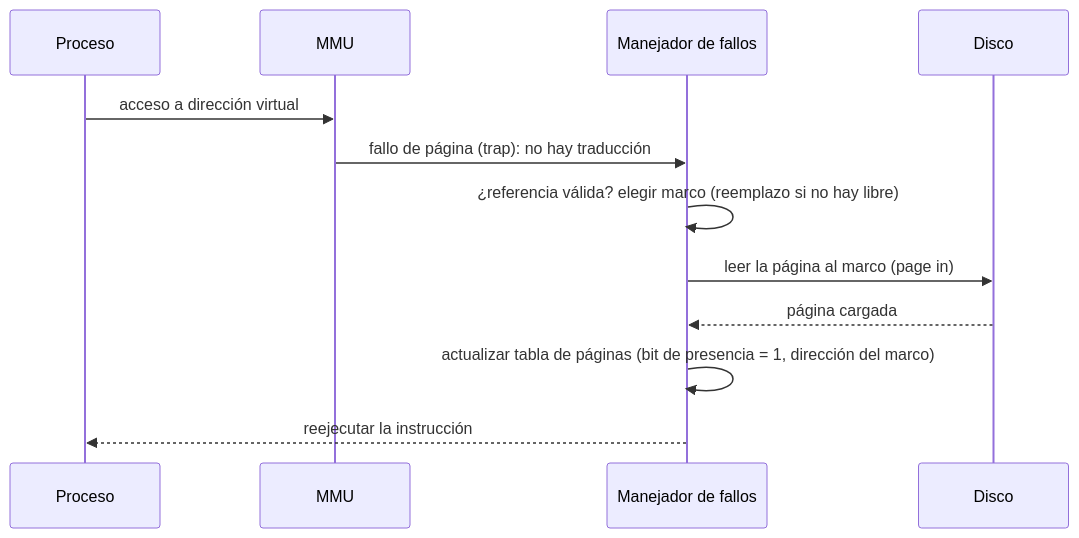
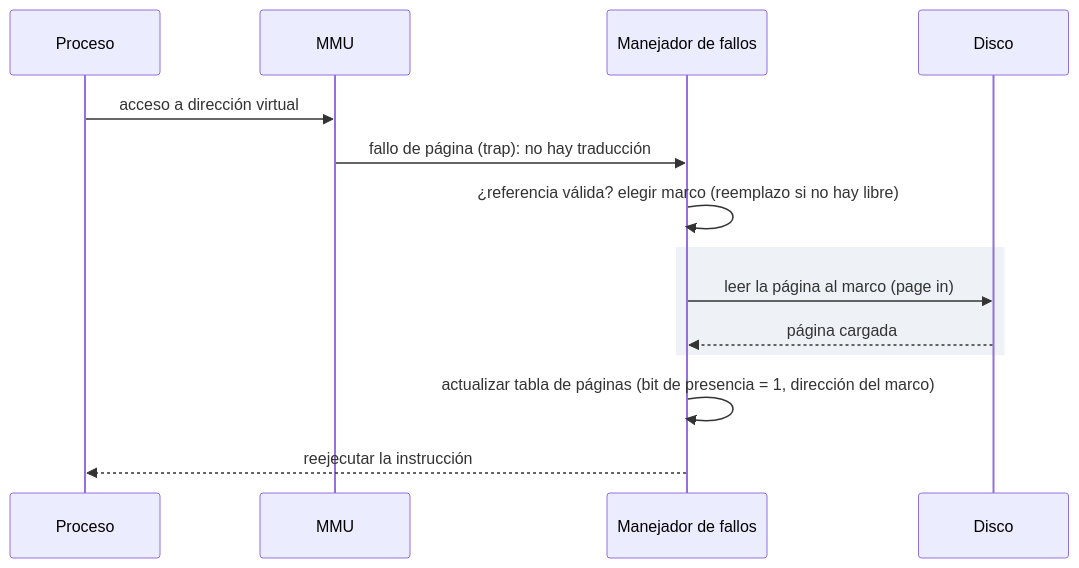
The third of 7 diagrams in TEORIA/06-gestion-de-memoria/README.md (asiermarzo/ssoo), drawn with Mermaid before and after one commit. The commit also changed other lines of this file and 25 other files, not shown here.

Commit message:
refinado de diagramas mermaid y svg

````diff
--- a/TEORIA/06-gestion-de-memoria/README.md
+++ b/TEORIA/06-gestion-de-memoria/README.md
@@ -455,14 +540,16 @@
 ```mermaid
 sequenceDiagram
     participant P as Proceso
     participant MMU as MMU
     participant SO as Manejador de fallos
     participant D as Disco
     P->>MMU: acceso a dirección virtual
     MMU->>SO: fallo de página (trap): no hay traducción
     SO->>SO: ¿referencia válida? elegir marco (reemplazo si no hay libre)
+    rect rgb(238, 242, 247)
     SO->>D: leer la página al marco (page in)
     D-->>SO: página cargada
+    end
     SO->>SO: actualizar tabla de páginas (bit de presencia = 1, dirección del marco)
     SO-->>P: reejecutar la instrucción
 ```
````
